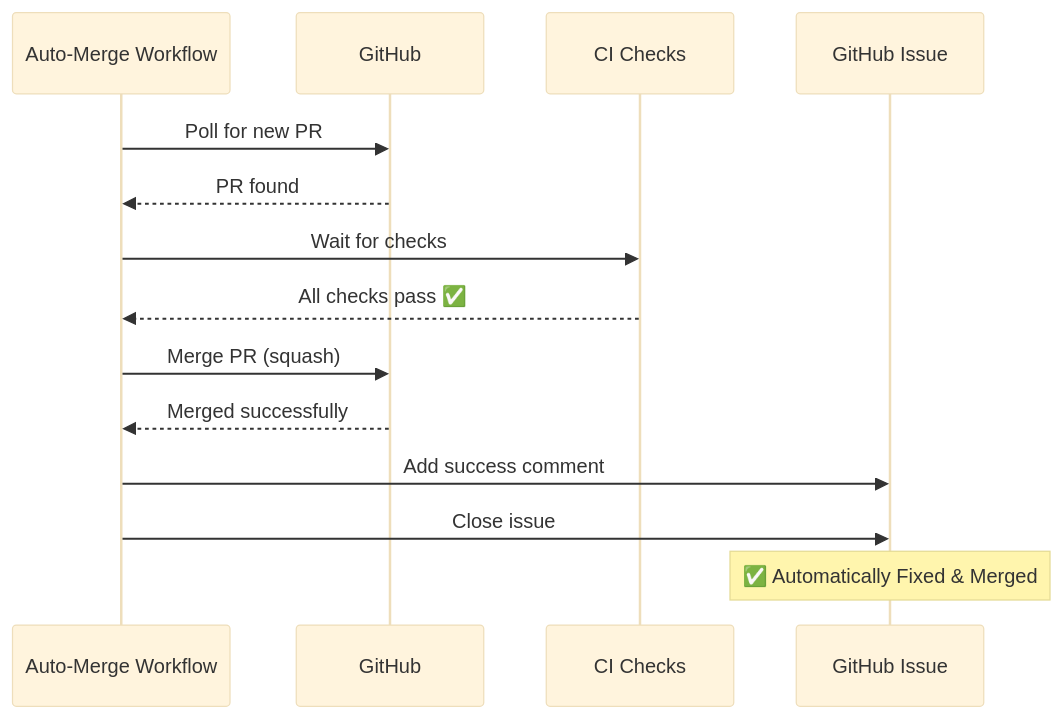
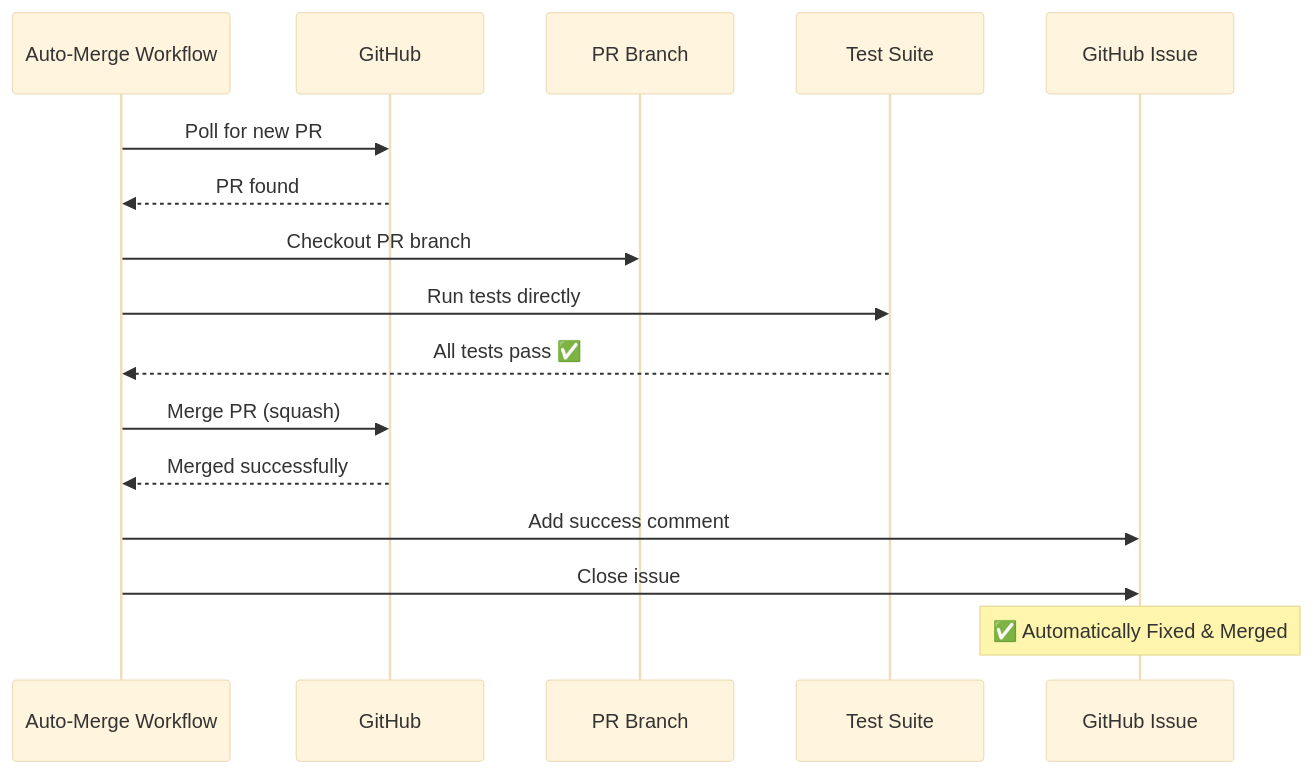
The fourth of 8 diagrams in WORKFLOW_DIAGRAM.md (vinayaksoraganvi-bot/github-claudeCode-self-healing-tests), drawn with Mermaid (base theme) before and after one commit. The commit also changed other lines of this file and 3 other files, not shown here.

````diff
--- a/WORKFLOW_DIAGRAM.md
+++ b/WORKFLOW_DIAGRAM.md
@@ -99,17 +99,19 @@
 ```mermaid
 sequenceDiagram
     participant AM as Auto-Merge Workflow
     participant GH as GitHub
-    participant CI as CI Checks
+    participant Code as PR Branch
+    participant Tests as Test Suite
     participant Issue as GitHub Issue
-    
+
     AM->>GH: Poll for new PR
     GH-->>AM: PR found
-    AM->>CI: Wait for checks
-    CI-->>AM: All checks pass ✅
+    AM->>Code: Checkout PR branch
+    AM->>Tests: Run tests directly
+    Tests-->>AM: All tests pass ✅
     AM->>GH: Merge PR (squash)
     GH-->>AM: Merged successfully
     AM->>Issue: Add success comment
     AM->>Issue: Close issue
     Note over Issue: ✅ Automatically Fixed & Merged
 ```
````
